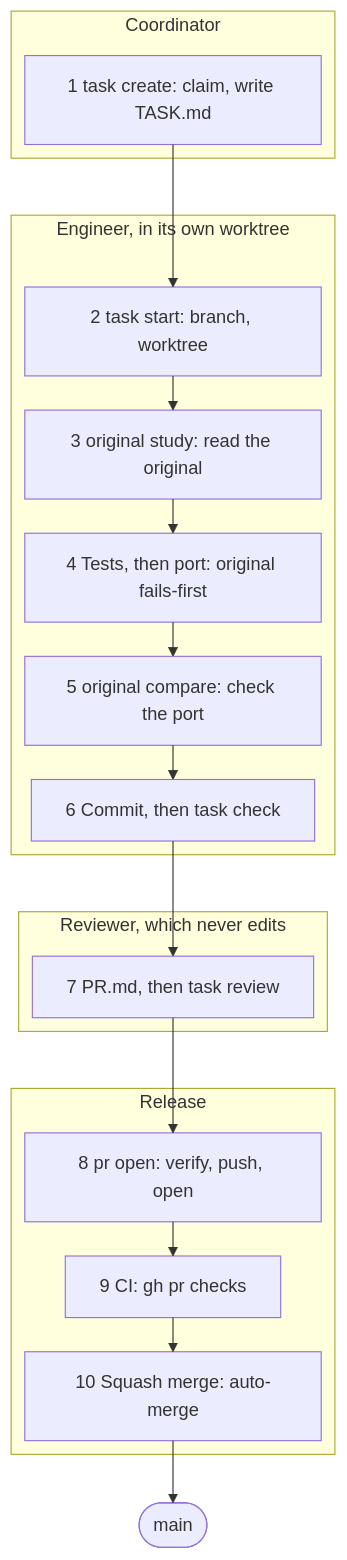
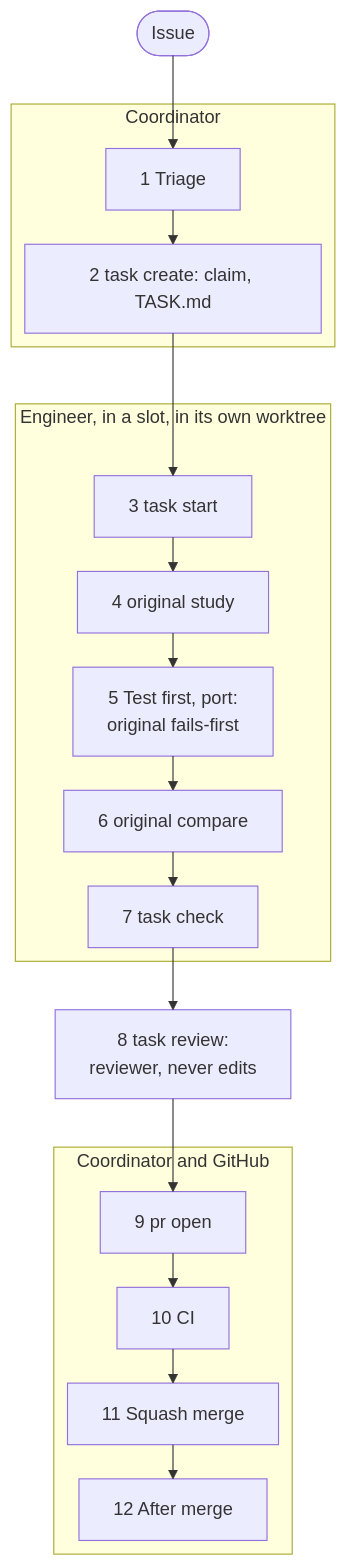
One commit to Ryubara/coney changed the first of 3 diagrams in docs/guides/how-we-work.md. Above: the diagram before and after it, drawn with Mermaid. The commit also changed other lines of this file and 21 other files, not shown here.

````diff
--- a/docs/guides/how-we-work.md
+++ b/docs/guides/how-we-work.md
@@ -36,30 +47,30 @@
 ```mermaid
 ---
 config:
   layout: elk
   flowchart:
     rankSpacing: 30
 ---
 flowchart TB
-  subgraph claim ["Coordinator"]
-    task["1 task create: claim, write TASK.md"]
+  issue(["Issue"])
+  subgraph coord1 ["Coordinator"]
+    triage["1 Triage"]
+    claim["2 task create: claim, TASK.md"]
   end
-  subgraph eng ["Engineer, in its own worktree"]
-    start["2 task start: branch, worktree"]
-    study["3 original study: read the original"]
-    port["4 Tests, then port: original fails-first"]
-    compare["5 original compare: check the port"]
-    check["6 Commit, then task check"]
+  subgraph eng ["Engineer, in a slot, in its own worktree"]
+    start["3 task start"]
+    study["4 original study"]
+    port["5 Test first, port:<br/>original fails-first"]
+    compare["6 original compare"]
+    check["7 task check"]
   end
-  subgraph rev ["Reviewer, which never edits"]
-    review["7 PR.md, then task review"]
+  review["8 task review:<br/>reviewer, never edits"]
+  subgraph coord2 ["Coordinator and GitHub"]
+    open["9 pr open"]
+    ci["10 CI"]
+    merge["11 Squash merge"]
+    after["12 After merge"]
   end
-  subgraph rel ["Release"]
-    open["8 pr open: verify, push, open"]
-    ci["9 CI: gh pr checks"]
-    merge["10 Squash merge: auto-merge"]
-  end
-  main(["main"])
-  task --> start --> study --> port --> compare --> check
-  check --> review --> open --> ci --> merge --> main
+  issue --> triage --> claim --> start --> study --> port --> compare --> check
+  check --> review --> open --> ci --> merge --> after
 ```
````
